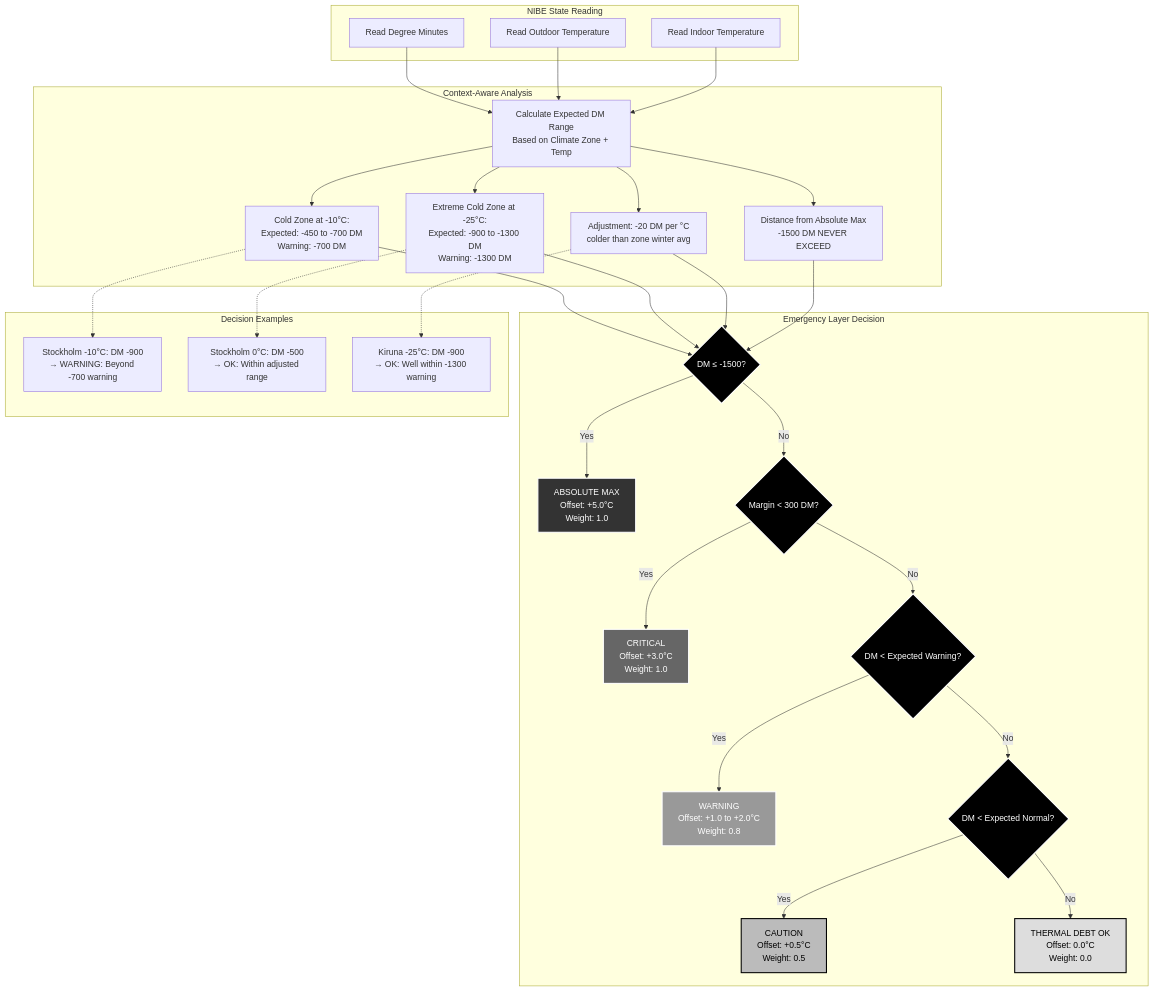
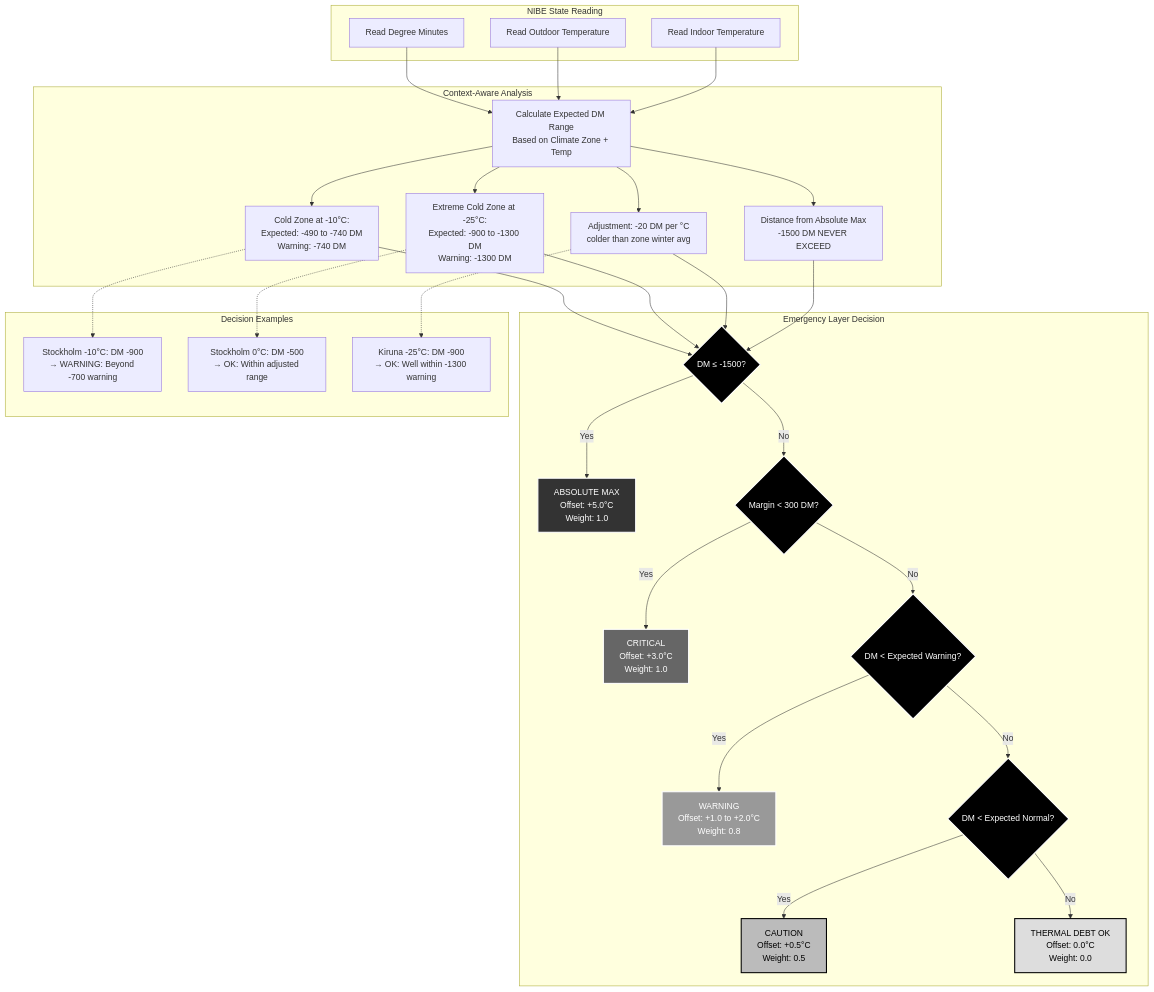
Before and after one commit to enoch85/EffektGuard: the diagram in docs/architecture/02_emergency_thermal_debt.md, drawn with Mermaid. The commit also changed other lines of this file and 6 other files, not shown here.

````diff
--- a/docs/architecture/02_emergency_thermal_debt.md
+++ b/docs/architecture/02_emergency_thermal_debt.md
@@ -5,78 +5,78 @@
 ```mermaid
 flowchart TD
     subgraph "NIBE State Reading"
         A[Read Degree Minutes]
         B[Read Outdoor Temperature]
         C[Read Indoor Temperature]
     end
 
     subgraph "Context-Aware Analysis"
         D[Calculate Expected DM Range<br/>Based on Climate Zone + Temp]
-        E[Cold Zone at -10°C:<br/>Expected: -450 to -700 DM<br/>Warning: -700 DM]
+        E[Cold Zone at -10°C:<br/>Expected: -490 to -740 DM<br/>Warning: -740 DM]
         F[Extreme Cold Zone at -25°C:<br/>Expected: -900 to -1300 DM<br/>Warning: -1300 DM]
         G[Adjustment: -20 DM per °C<br/>colder than zone winter avg]
         H[Distance from Absolute Max<br/>-1500 DM NEVER EXCEED]
     end
 
     subgraph "Emergency Layer Decision"
         I{DM ≤ -1500?}
         J[ABSOLUTE MAX<br/>Offset: +5.0°C<br/>Weight: 1.0]
         
         K{Margin < 300 DM?}
         L[CRITICAL<br/>Offset: +3.0°C<br/>Weight: 1.0]
         
         M{DM < Expected Warning?}
         N[WARNING<br/>Offset: +1.0 to +2.0°C<br/>Weight: 0.8]
         
         O{DM < Expected Normal?}
         P[CAUTION<br/>Offset: +0.5°C<br/>Weight: 0.5]
         
         Q[THERMAL DEBT OK<br/>Offset: 0.0°C<br/>Weight: 0.0]
     end
 
     subgraph "Decision Examples"
         R[Stockholm -10°C: DM -900<br/>→ WARNING: Beyond -700 warning]
         S[Stockholm 0°C: DM -500<br/>→ OK: Within adjusted range]  
         T[Kiruna -25°C: DM -900<br/>→ OK: Well within -1300 warning]
     end
 
     %% Flow
     A --> D
     B --> D
     C --> D
     D --> E
     D --> F
     D --> G
     D --> H
     
     E --> I
     F --> I
     G --> I
     H --> I
     
     I -->|Yes| J
     I -->|No| K
     K -->|Yes| L
     K -->|No| M
     M -->|Yes| N
     M -->|No| O
     O -->|Yes| P
     O -->|No| Q
 
     %% Examples
     E -.-> R
     F -.-> S
     G -.-> T
 
     %% Styling
     style I fill:#000,stroke:#fff,stroke-width:2px,color:#fff
     style K fill:#000,stroke:#fff,stroke-width:2px,color:#fff
     style M fill:#000,stroke:#fff,stroke-width:2px,color:#fff
     style O fill:#000,stroke:#fff,stroke-width:2px,color:#fff
     
     style J fill:#333,stroke:#fff,stroke-width:2px,color:#fff
     style L fill:#666,stroke:#fff,stroke-width:2px,color:#fff
     style N fill:#999,stroke:#fff,stroke-width:2px,color:#fff
     style P fill:#bbb,stroke:#000,stroke-width:2px,color:#000
     style Q fill:#ddd,stroke:#000,stroke-width:2px,color:#000
 ```
````
